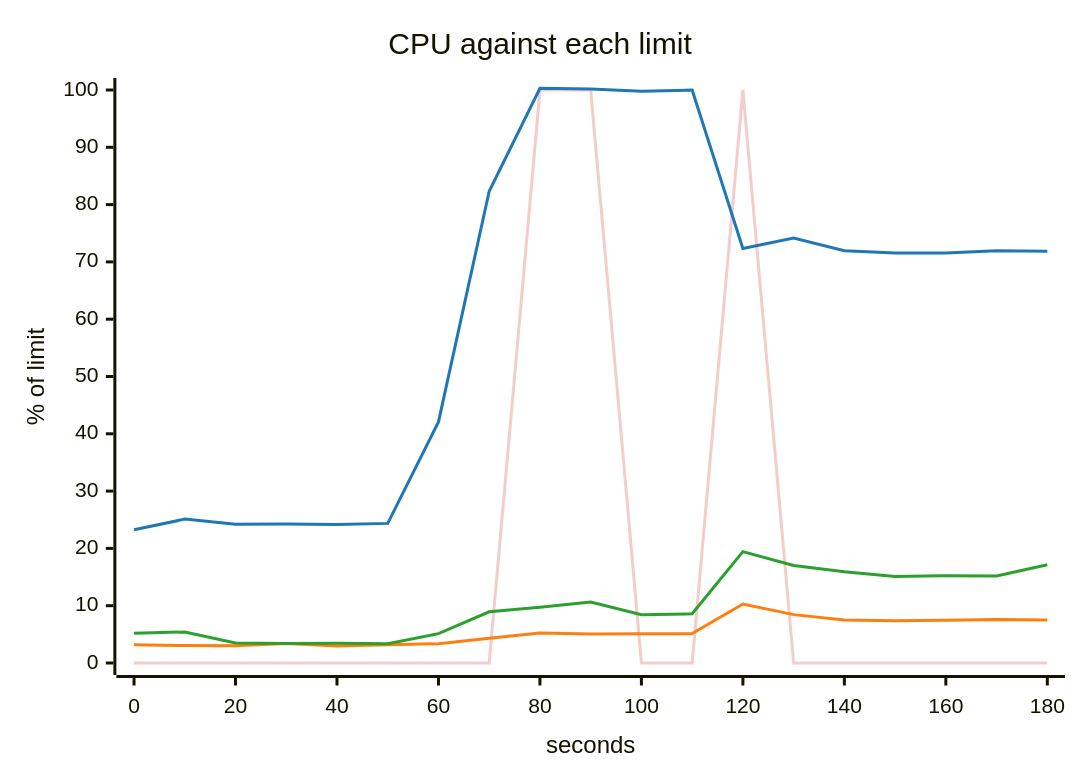
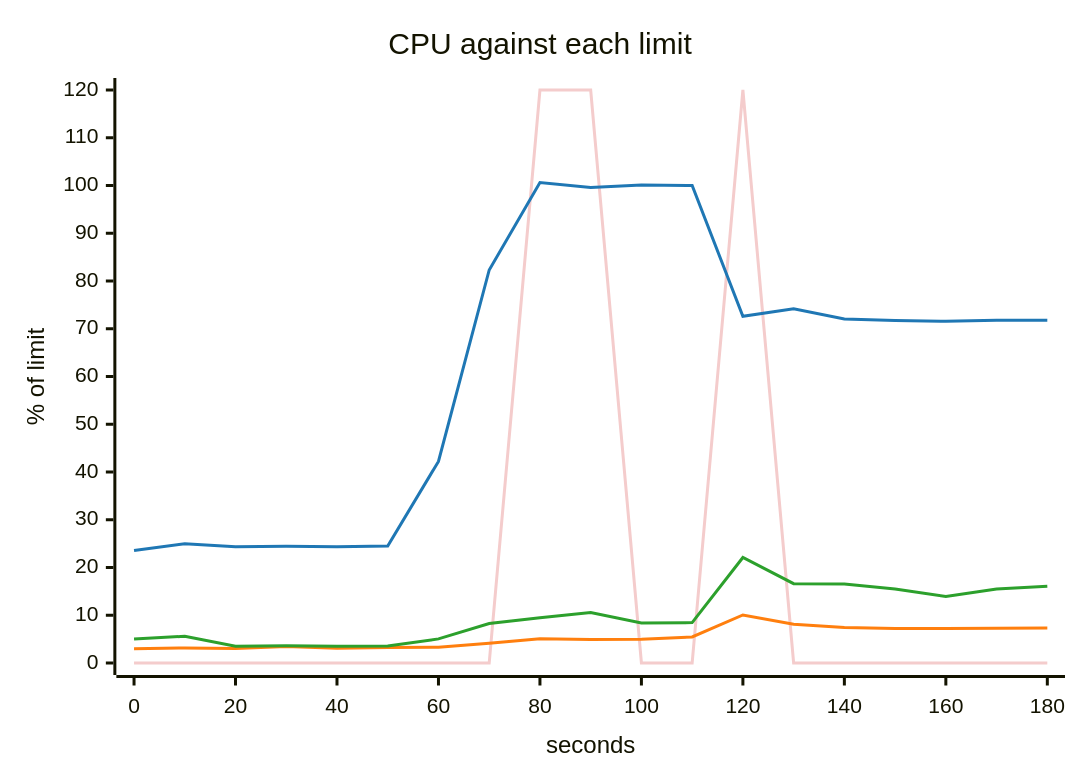
The fifth of 5 diagrams in scenarios/featured-on-hacker-news/solutions/scale-on-inflight/report.md (akinfemi/load-lore), drawn with Mermaid before and after one commit. The commit also changed other lines of this file and 71 other files, not shown here.

````diff
--- a/scenarios/featured-on-hacker-news/solutions/scale-on-inflight/report.md
+++ b/scenarios/featured-on-hacker-news/solutions/scale-on-inflight/report.md
@@ -94,17 +96,17 @@
 ```mermaid
 ---
 config:
   themeVariables:
     xyChart:
       backgroundColor: "transparent"
       plotColorPalette: "#f4cccc, #1f77b4, #ff7f0e, #2ca02c"
 ---
 xychart-beta
     title "CPU against each limit"
     x-axis "seconds" 0 --> 180
-    y-axis "% of limit" 0 --> 100
-    line [0, 0, 0, 0, 0, 0, 0, 0, 100, 100, 0, 0, 100, 0, 0, 0, 0, 0, 0]
-    line [23.243, 25.108, 24.21, 24.241, 24.168, 24.364, 42.071, 82.336, 100.292, 100.194, 99.761, 100.001, 72.335, 74.158, 71.957, 71.534, 71.566, 71.94, 71.855]
-    line [3.204, 3.044, 3.016, 3.41, 2.947, 3.18, 3.361, 4.313, 5.249, 5.055, 5.098, 5.127, 10.287, 8.44, 7.513, 7.387, 7.472, 7.578, 7.487]
-    line [5.203, 5.421, 3.484, 3.416, 3.436, 3.377, 5.121, 8.932, 9.735, 10.625, 8.44, 8.587, 19.432, 17.023, 15.934, 15.113, 15.227, 15.186, 17.159]
+    y-axis "% of limit" 0 --> 120
+    line [0, 0, 0, 0, 0, 0, 0, 0, 120, 120, 0, 0, 120, 0, 0, 0, 0, 0, 0]
+    line [23.576, 24.966, 24.359, 24.451, 24.326, 24.494, 42.218, 82.306, 100.629, 99.578, 100.087, 99.987, 72.62, 74.194, 72.051, 71.706, 71.553, 71.803, 71.789]
+    line [3.006, 3.153, 3.053, 3.46, 3.063, 3.23, 3.31, 4.124, 5.101, 4.92, 4.956, 5.462, 10.06, 8.13, 7.455, 7.248, 7.207, 7.297, 7.353]
+    line [5.046, 5.609, 3.518, 3.587, 3.505, 3.555, 5.047, 8.256, 9.465, 10.582, 8.379, 8.456, 22.101, 16.607, 16.538, 15.51, 13.948, 15.514, 16.096]
 ```
````
